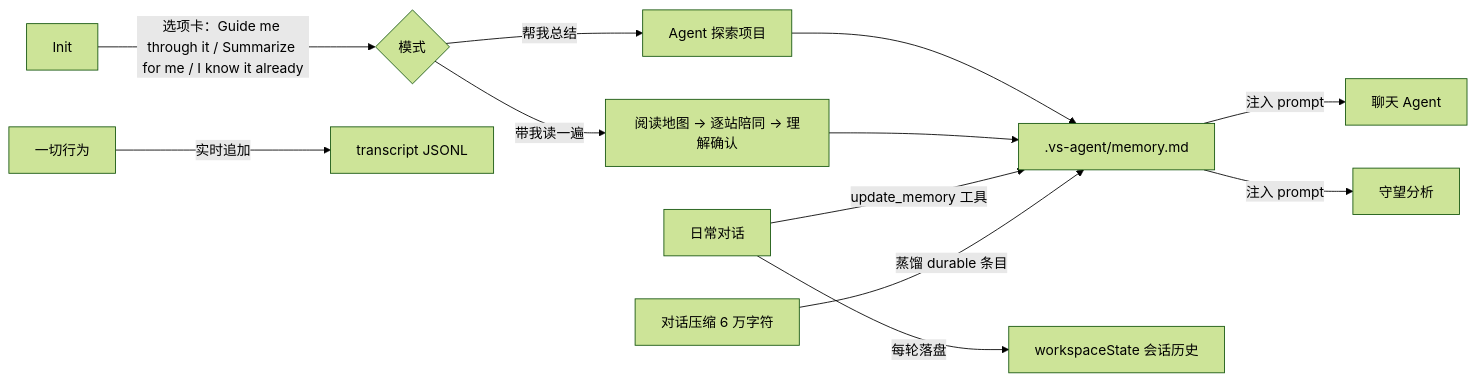
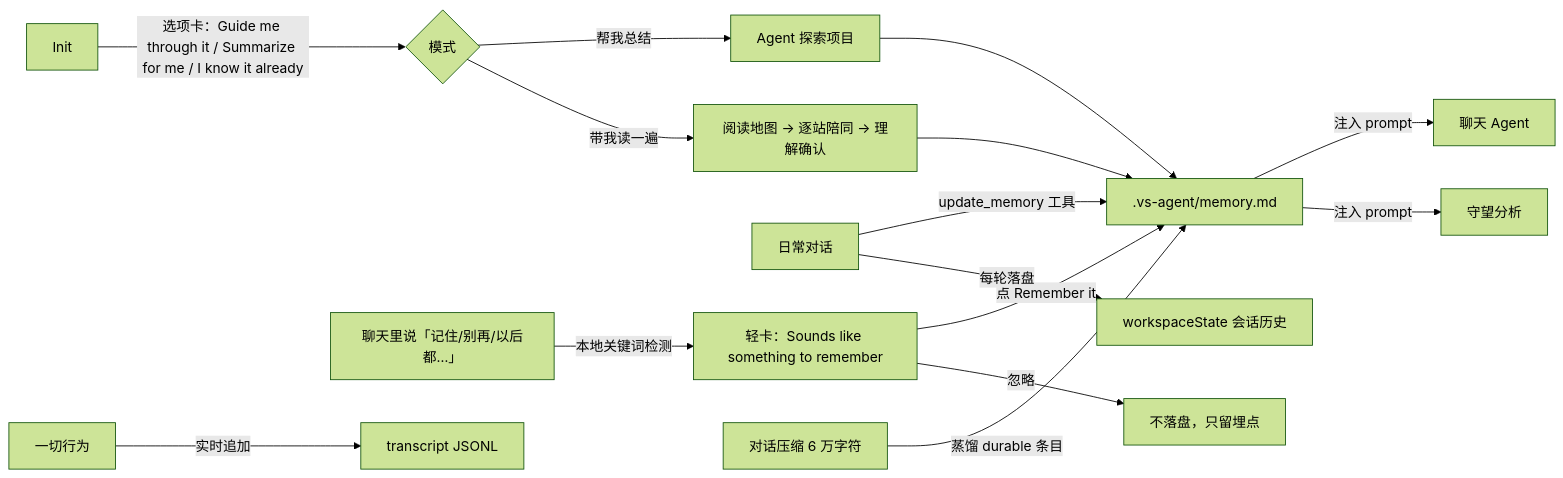
The fifth of 5 diagrams in docs/USER_FLOW.md (weirdsnap/quietpair), drawn with Mermaid (forest theme) before and after one commit. The commit also changed other lines of this file and 2 other files, not shown here.

````diff
--- a/docs/USER_FLOW.md
+++ b/docs/USER_FLOW.md
@@ -106,12 +107,15 @@
 ```mermaid
 flowchart LR
     A[Init] -->|选项卡：Guide me through it / Summarize for me / I know it already| M{模式}
     M -->|帮我总结| S[Agent 探索项目] --> B[.vs-agent/memory.md]
     M -->|带我读一遍| G[阅读地图 → 逐站陪同 → 理解确认] --> B
     C[日常对话] -->|update_memory 工具| B
+    C2[聊天里说「记住/别再/以后都…」] -->|本地关键词检测| L[轻卡：Sounds like something to remember]
+    L -->|点 Remember it| B
+    L -->|忽略| X[不落盘，只留埋点]
     D[对话压缩 6 万字符] -->|蒸馏 durable 条目| B
     B -->|注入 prompt| E[聊天 Agent]
     B -->|注入 prompt| F[守望分析]
     C -->|每轮落盘| G2[workspaceState 会话历史]
     H[一切行为] -->|实时追加| I[transcript JSONL]
 ```
````
